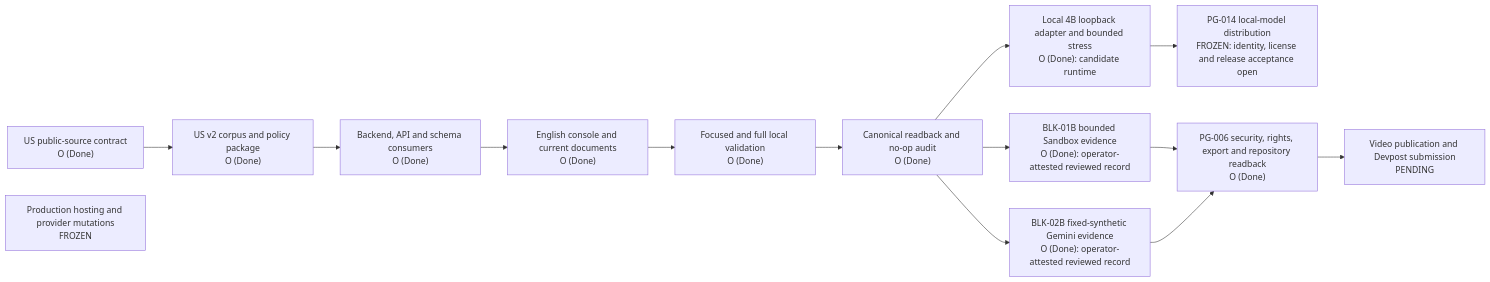
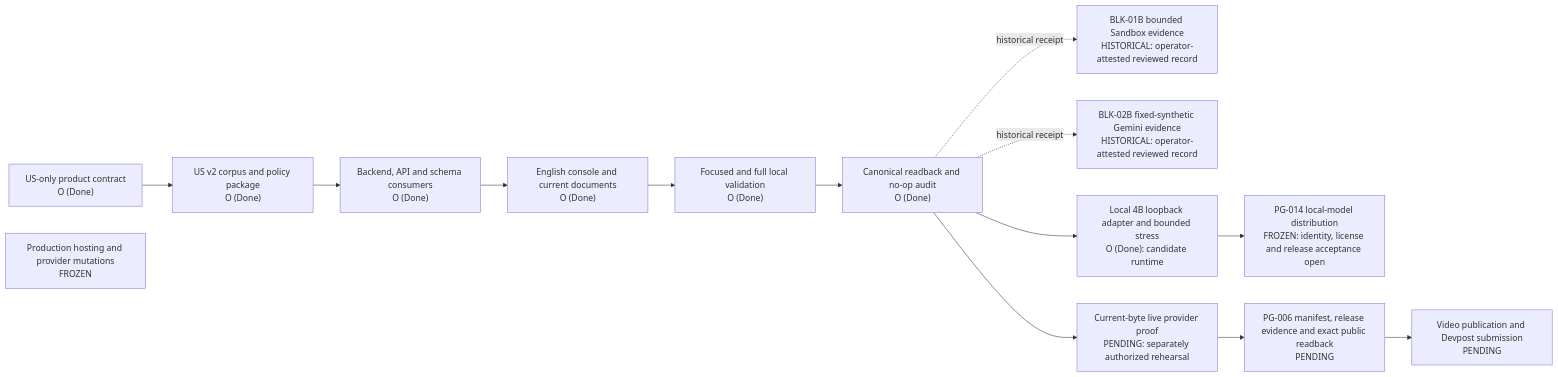
The first of 3 diagrams in docs/decisions/2026Q4/architecture.md (jiarong0423/payguard-ai), drawn with Mermaid before and after one commit. The commit also changed other lines of this file and 23 other files, not shown here.

Commit message:
Refine bounded AI and recording release candidate

````diff
--- a/docs/decisions/2026Q4/architecture.md
+++ b/docs/decisions/2026Q4/architecture.md
@@ -24,16 +24,16 @@
 ```mermaid
 flowchart LR
-  A["US public-source contract<br/>O (Done)"] --> B["US v2 corpus and policy package<br/>O (Done)"]
+  A["US-only product contract<br/>O (Done)"] --> B["US v2 corpus and policy package<br/>O (Done)"]
   B --> C["Backend, API and schema consumers<br/>O (Done)"]
   C --> D["English console and current documents<br/>O (Done)"]
   D --> E["Focused and full local validation<br/>O (Done)"]
   E --> F["Canonical readback and no-op audit<br/>O (Done)"]
-  F --> G["BLK-01B bounded Sandbox evidence<br/>O (Done): operator-attested reviewed record"]
-  F --> H["BLK-02B fixed-synthetic Gemini evidence<br/>O (Done): operator-attested reviewed record"]
+  F -. historical receipt .-> G["BLK-01B bounded Sandbox evidence<br/>HISTORICAL: operator-attested reviewed record"]
+  F -. historical receipt .-> H["BLK-02B fixed-synthetic Gemini evidence<br/>HISTORICAL: operator-attested reviewed record"]
   F --> K["Local 4B loopback adapter and bounded stress<br/>O (Done): candidate runtime"]
   K --> L["PG-014 local-model distribution<br/>FROZEN: identity, license and release acceptance open"]
-  G --> I["PG-006 security, rights, export and repository readback<br/>O (Done)"]
-  H --> I
+  F --> N["Current-byte live provider proof<br/>PENDING: separately authorized rehearsal"]
+  N --> I["PG-006 manifest, release evidence and exact public readback<br/>PENDING"]
   I --> M["Video publication and Devpost submission<br/>PENDING"]
   J["Production hosting and provider mutations<br/>FROZEN"]
 ```
````
